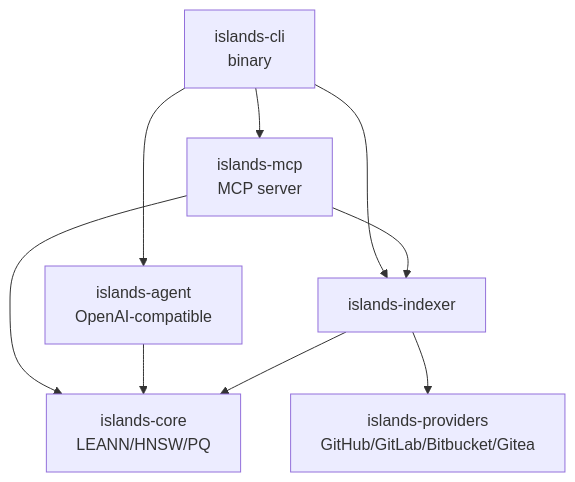
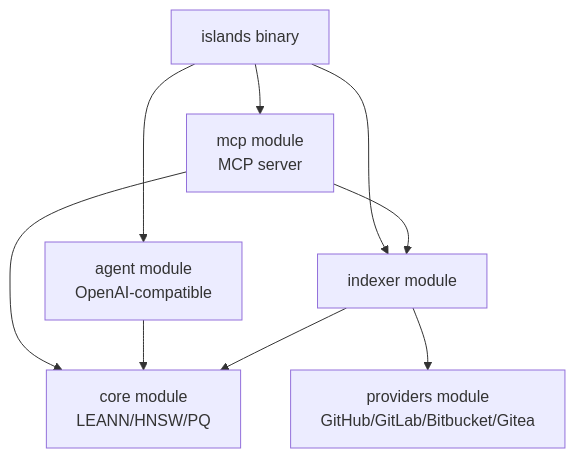
One commit to panbanda/islands changed the second of 2 diagrams in README.md. Above: the diagram before and after it, drawn with Mermaid. The commit also changed other lines of this file and 10 other files, not shown here.

````diff
--- a/README.md
+++ b/README.md
@@ -281,18 +282,18 @@
 ```mermaid
 flowchart TD
-    CLI[islands-cli<br/>binary]
-    MCP[islands-mcp<br/>MCP server]
-    Agent[islands-agent<br/>OpenAI-compatible]
-    Indexer[islands-indexer]
-    Core[islands-core<br/>LEANN/HNSW/PQ]
-    Providers[islands-providers<br/>GitHub/GitLab/Bitbucket/Gitea]
+    CLI[islands binary]
+    MCP[mcp module<br/>MCP server]
+    Agent[agent module<br/>OpenAI-compatible]
+    Indexer[indexer module]
+    Core[core module<br/>LEANN/HNSW/PQ]
+    Providers[providers module<br/>GitHub/GitLab/Bitbucket/Gitea]
 
     CLI --> MCP
     CLI --> Agent
     CLI --> Indexer
     MCP --> Indexer
     MCP --> Core
     Agent --> Core
     Indexer --> Core
     Indexer --> Providers
 ```
````
